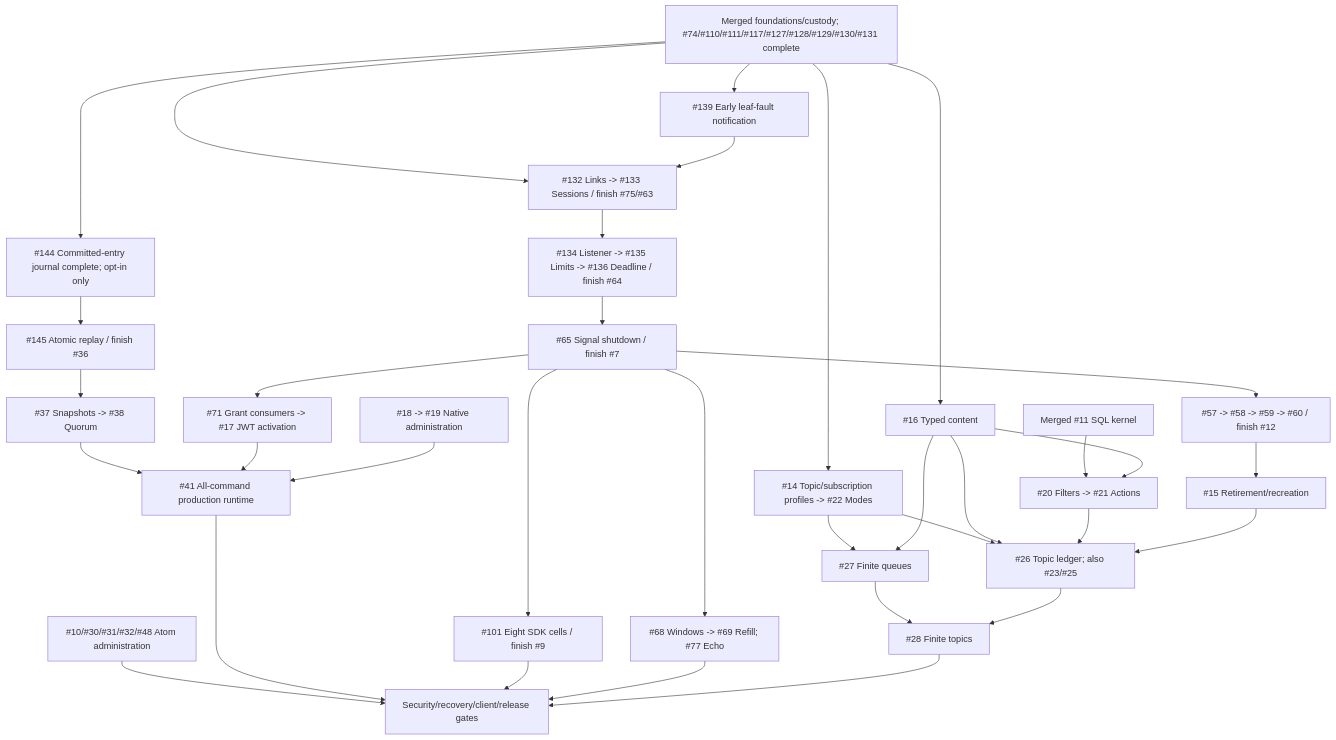
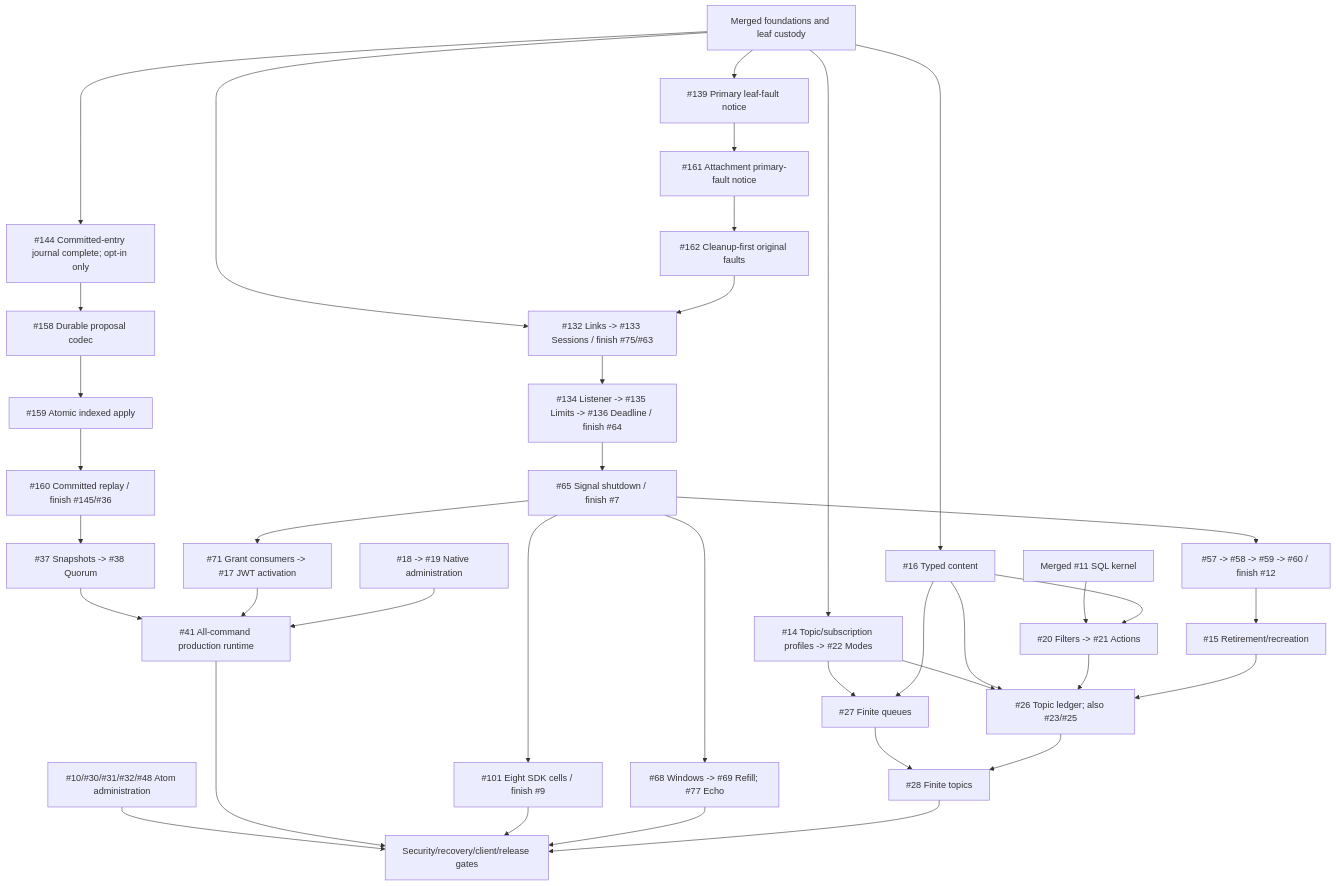
The diagram in docs/roadmap.md (DeandreT/switchyard), drawn with Mermaid before and after one commit. The commit also changed other lines of this file, not shown here.

First line of the commit message:
docs: split the fault and replay roadmap

````diff
--- a/docs/roadmap.md
+++ b/docs/roadmap.md
@@ -61,36 +64,40 @@
 ```mermaid
 flowchart TD
-    Main["Merged foundations/custody; #74/#110/#111/#117/#127/#128/#129/#130/#131 complete"] --> Fault["#139 Early leaf-fault notification"]
+    Main["Merged foundations and leaf custody"] --> Fault["#139 Primary leaf-fault notice"]
     Main --> Trees
-    Fault --> Trees["#132 Links -> #133 Sessions / finish #75/#63"]
+    Fault --> AttachFault["#161 Attachment primary-fault notice"]
+    AttachFault --> DrainFault["#162 Cleanup-first original faults"]
+    DrainFault --> Trees["#132 Links -> #133 Sessions / finish #75/#63"]
     Trees --> Admission["#134 Listener -> #135 Limits -> #136 Deadline / finish #64"]
     Admission --> Signals["#65 Signal shutdown / finish #7"]
     Signals --> Authority["#57 -> #58 -> #59 -> #60 / finish #12"]
     Authority --> Delete["#15 Retirement/recreation"]
     Signals --> Grants["#71 Grant consumers -> #17 JWT activation"]
     Signals --> Matrix["#101 Eight SDK cells / finish #9"]
     Signals --> Windows["#68 Windows -> #69 Refill; #77 Echo"]
     Main --> Profiles["#14 Topic/subscription profiles -> #22 Modes"]
     Main --> Content["#16 Typed content"]
     Kernel["Merged #11 SQL kernel"] --> Rules["#20 Filters -> #21 Actions"]
     Content --> Rules
     Profiles --> Queue["#27 Finite queues"]
     Content --> Queue
     Profiles --> Ledger["#26 Topic ledger; also #23/#25"]
     Content --> Ledger
     Rules --> Ledger
     Delete --> Ledger
     Queue --> Topic["#28 Finite topics"]
     Ledger --> Topic
     Main --> Journal["#144 Committed-entry journal complete; opt-in only"]
-    Journal --> Log["#145 Atomic replay / finish #36"]
+    Journal --> Proposal["#158 Durable proposal codec"]
+    Proposal --> Checkpoint["#159 Atomic indexed apply"]
+    Checkpoint --> Log["#160 Committed replay / finish #145/#36"]
     Log --> Snapshots["#37 Snapshots -> #38 Quorum"]
     Snapshots --> Runtime["#41 All-command production runtime"]
     Grants --> Runtime
     Admin["#18 -> #19 Native administration"] --> Runtime
     Atom["#10/#30/#31/#32/#48 Atom administration"] --> Gates
     Runtime --> Gates["Security/recovery/client/release gates"]
     Matrix --> Gates
     Windows --> Gates
     Topic --> Gates
 ```
````
